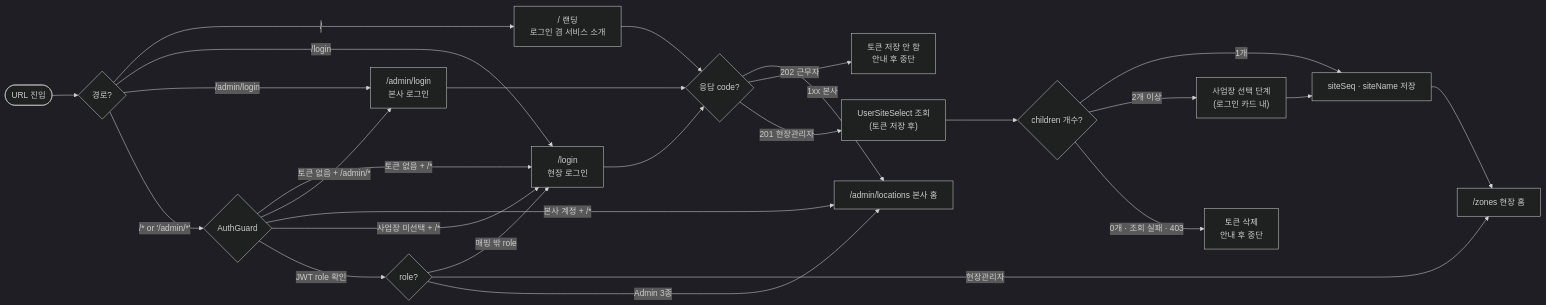
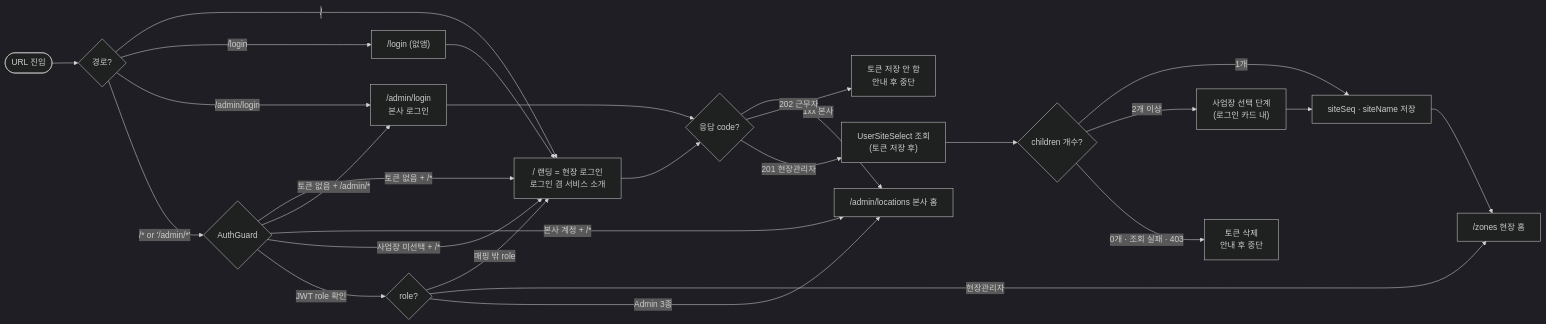
The first of 15 diagrams in docs/flow.md (S-Tec-System-R-D/s-patrol_fe), drawn with Mermaid before and after one commit. The commit also changed other lines of this file and 6 other files, not shown here.

Commit message:
docs : 063 — spec · tasks(T1080~T1087 · 결정 표 · US3 다른 사이트 계정 차단) · CLAUDE.md B1 공개 영역 · screens 로그인 2행 · flow §0 규칙(020 착지 규칙 뒤집음) · 다이어그램 4곳 · overview · roadmap 063 행

````diff
--- a/docs/flow.md
+++ b/docs/flow.md
@@ -18,35 +18,33 @@
 ```mermaid
 %%{init: {'theme':'dark'}}%%
 flowchart LR
     Visit([URL 진입]) --> Path{경로?}
 
-    Path -- "/" --> Landing["/ 랜딩<br/>로그인 겸 서비스 소개"]
-    Landing --> LoginPost
-
-    Path -- "/login" --> Login["/login<br/>현장 로그인"]
+    Path -- "/" --> Login["/ 랜딩 = 현장 로그인<br/>로그인 겸 서비스 소개"]
+    Path -- "/login" --> OldLogin["/login (없앰)"] --> Login
     Path -- "/admin/login" --> AdminLogin["/admin/login<br/>본사 로그인"]
     Path -- "/*" or '/admin/*' --> Guard{AuthGuard}
 
     Guard -- "토큰 없음 + /*" --> Login
     Guard -- "토큰 없음 + /admin/*" --> AdminLogin
     Guard -- "본사 계정 + /*" --> AdminHome
     Guard -- "사업장 미선택 + /*" --> Login
     Guard -- "JWT role 확인" --> Role{"role?"}
 
     Role -- "매핑 밖 role" --> Login
     Role -- 현장관리자 --> ServiceHome["/zones 현장 홈"]
     Role -- Admin 3종 --> AdminHome["/admin/locations 본사 홈"]
 
     Login --> LoginPost{"응답 code?"}
     AdminLogin --> LoginPost
     LoginPost -- "1xx 본사" --> AdminHome
     LoginPost -- "202 근무자" --> Deny["토큰 저장 안 함<br/>안내 후 중단"]
     LoginPost -- "201 현장관리자" --> SiteFetch["UserSiteSelect 조회<br/>(토큰 저장 후)"]
 
     SiteFetch --> SiteCount{"children 개수?"}
     SiteCount -- "1개" --> SiteSave
     SiteCount -- "2개 이상" --> SitePick["사업장 선택 단계<br/>(로그인 카드 내)"]
     SiteCount -- "0개 · 조회 실패 · 403" --> SiteDeny["토큰 삭제<br/>안내 후 중단"]
     SitePick --> SiteSave["siteSeq · siteName 저장"]
     SiteSave --> ServiceHome
 ```
````
